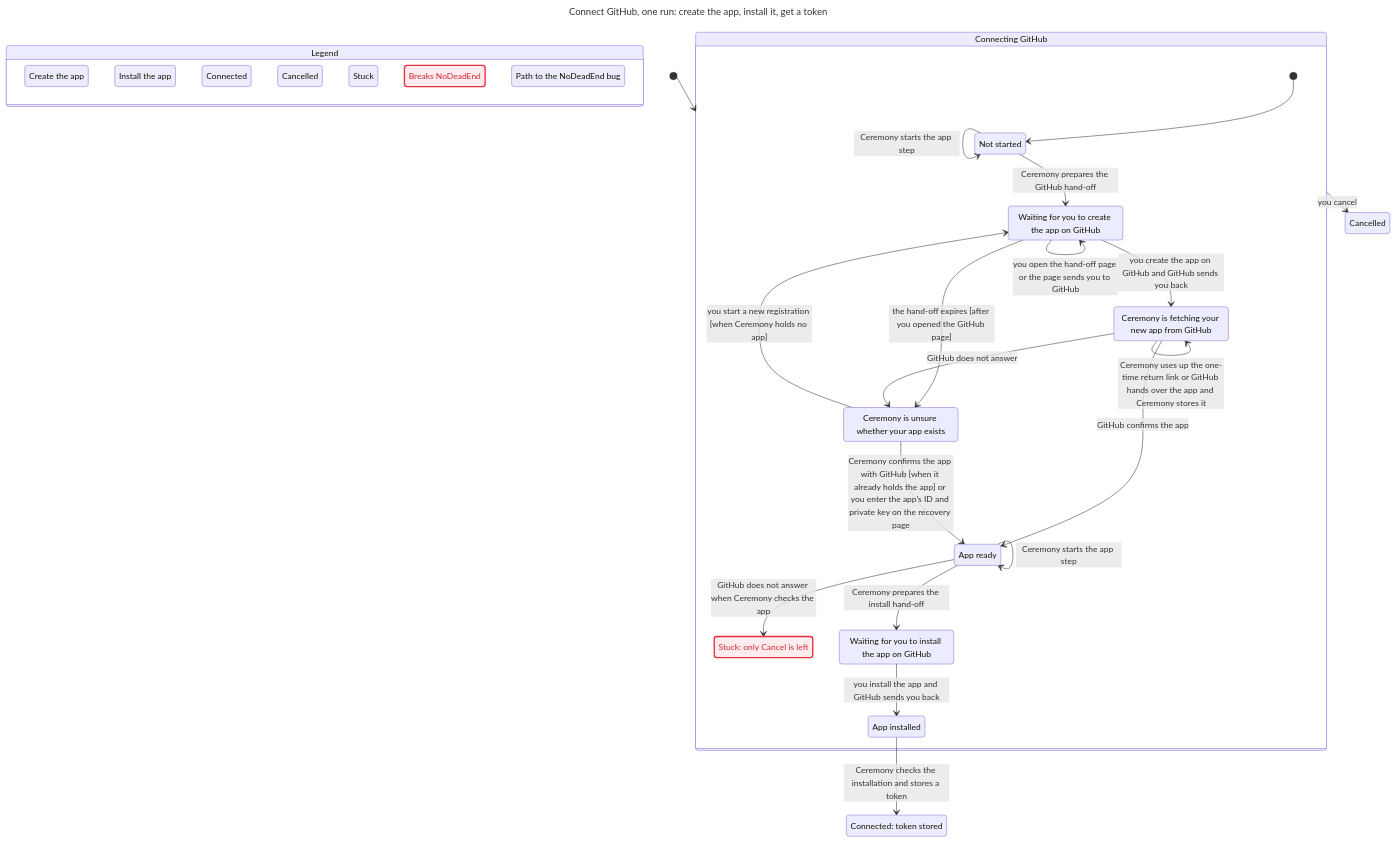
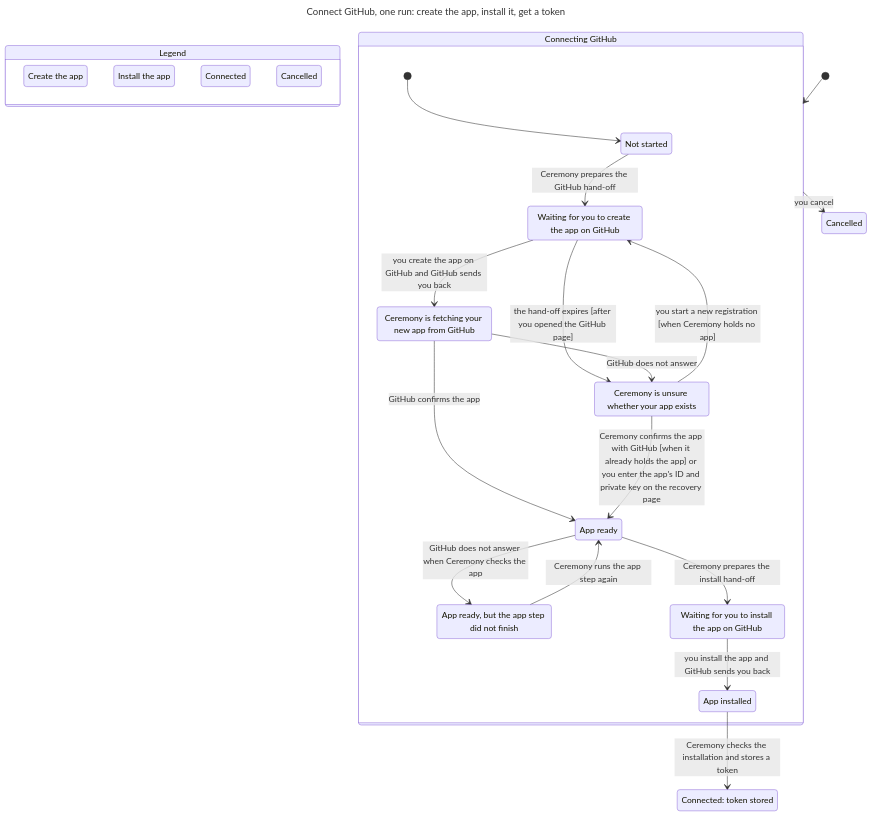
Before and after one commit to Tyler-R-Kendrick/ceremony: the diagram in verification/github-handoff/chart.mmd, drawn with Mermaid. The commit also changed 17 other files, not shown here.

First line of the commit message:
chore(verification): the GitHub hand-off model runs a read-only uncertain step again

```diff
--- a/verification/github-handoff/chart.mmd
+++ b/verification/github-handoff/chart.mmd
@@ -1,67 +1,51 @@
 ---
 title: "Connect GitHub, one run: create the app, install it, get a token"
 ---
 stateDiagram-v2
   state "Legend" as legend {
     lg0: Create the app
     lg1: Install the app
     lg2: Connected
     lg3: Cancelled
-    lg4: Stuck
-    lg5: Breaks NoDeadEnd
-    lg6: Path to the NoDeadEnd bug
   }
   class lg0 blue
   class lg1 purple
   class lg2 teal
   class lg3 tan
-  class lg4 orange
-  class lg5 breaks
-  class lg6 bugPath
   state "Connecting GitHub" as s0 {
     s1: Not started
     s2: Waiting for you to create the app on GitHub
     s3: Ceremony is unsure whether your app exists
     s4: Ceremony is fetching your new app from GitHub
     s5: App ready
-    s6: Stuck: only Cancel is left
+    s6: App ready, but the app step did not finish
     s7: Waiting for you to install the app on GitHub
     s8: App installed
     [*] --> s1
   }
   s9: Cancelled
   s10: Connected: token stored
   [*] --> s0
-  s1 --> s1: Ceremony starts the app step
   s1 --> s2: Ceremony prepares the GitHub hand-off
-  s2 --> s2: you open the hand-off page or the page sends you to GitHub
   s2 --> s3: the hand-off expires [after you opened the GitHub page]
   s2 --> s4: you create the app on GitHub and GitHub sends you back
-  s4 --> s4: Ceremony uses up the one-time return link or GitHub hands over the app and Ceremony stores it
   s4 --> s3: GitHub does not answer
   s3 --> s2: you start a new registration [when Ceremony holds no app]
   s4 --> s5: GitHub confirms the app
-  s5 --> s5: Ceremony starts the app step
   s5 --> s6: GitHub does not answer when Ceremony checks the app
   s3 --> s5: Ceremony confirms the app with GitHub [when it already holds the app] or you enter the app's ID and private key on the recovery page
+  s6 --> s5: Ceremony runs the app step again
   s5 --> s7: Ceremony prepares the install hand-off
   s7 --> s8: you install the app and GitHub sends you back
   s8 --> s10: Ceremony checks the installation and stores a token
   s0 --> s9: you cancel
-  classDef breaks fill:#ffecee,stroke:#e72e3b,stroke-width:2.5px,color:#cd2834
   class s1 blue
-  class s1 bugPath
   class s2 blue
-  class s2 bugPath
   class s3 blue
   class s4 blue
-  class s4 bugPath
   class s5 purple
-  class s5 bugPath
-  class s6 orange
-  class s6 breaks
-  class s6 bugPath
+  class s6 purple
   class s7 purple
   class s8 purple
   class s9 tan
   class s10 teal
```
